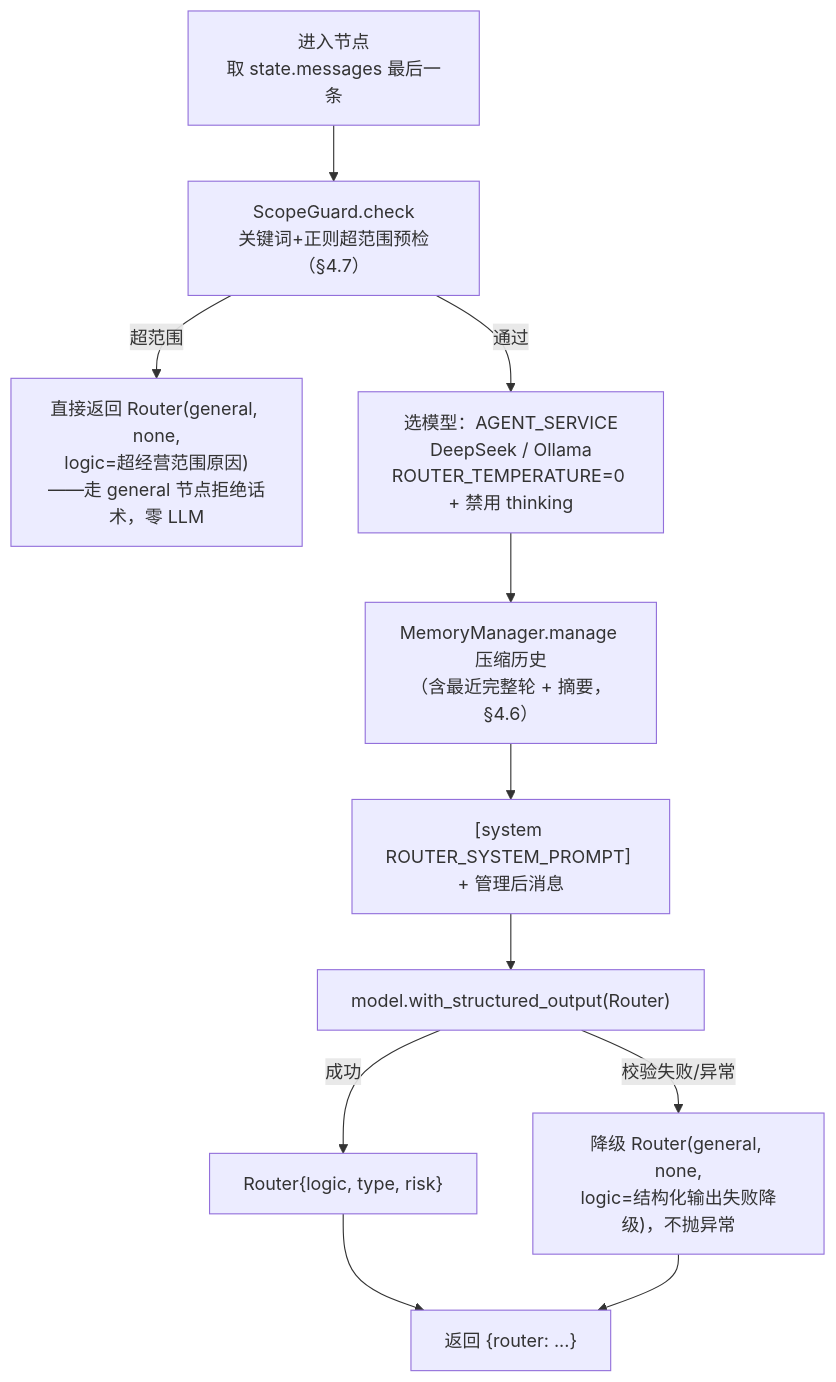
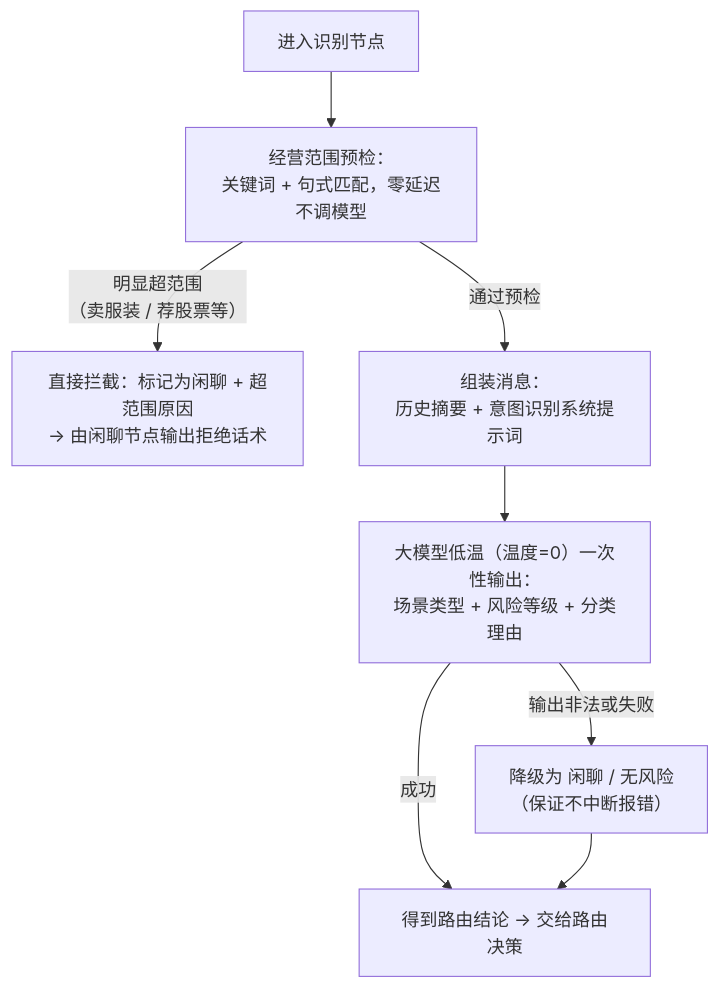
Before and after one commit to blowt16/SmartCS-Agent: the ninth of 35 diagrams in docs/PROJECT_ANALYSIS.md, drawn with Mermaid. The commit also changed other lines of this file, not shown here.

Commit message:
[docs] PROJECT_ANALYSIS §4 流程图优化：全图节点加中文注释、主干化精简流程（22 张图重排 + 补 TimeoutGuard 运行图），保留关键代码实体括注，提升可读性

````diff
--- a/docs/PROJECT_ANALYSIS.md
+++ b/docs/PROJECT_ANALYSIS.md
@@ -456,13 +418,10 @@
 ```mermaid
 flowchart TD
-    A["进入节点<br/>取 state.messages 最后一条"] --> B["ScopeGuard.check<br/>关键词+正则超范围预检（§4.7）"]
-    B -->|"超范围"| BX["直接返回 Router(general, none,<br/>logic=超经营范围原因)<br/>——走 general 节点拒绝话术，零 LLM"]
-    B -->|"通过"| C["选模型：AGENT_SERVICE<br/>DeepSeek / Ollama<br/>ROUTER_TEMPERATURE=0 + 禁用 thinking"]
-    C --> D["MemoryManager.manage 压缩历史<br/>（含最近完整轮 + 摘要，§4.6）"]
-    D --> E["[system ROUTER_SYSTEM_PROMPT] + 管理后消息"]
-    E --> F["model.with_structured_output(Router)"]
-    F -->|"成功"| G["Router{logic, type, risk}"]
-    F -->|"校验失败/异常"| FALL["降级 Router(general, none,<br/>logic=结构化输出失败降级)，不抛异常"]
-    G --> OUT["返回 {router: ...}"]
-    FALL --> OUT
+    A["进入识别节点"] --> B["经营范围预检：<br/>关键词 + 句式匹配，零延迟不调模型"]
+    B -->|"明显超范围<br/>（卖服装 / 荐股票等）"| C["直接拦截：标记为闲聊 + 超范围原因<br/>→ 由闲聊节点输出拒绝话术"]
+    B -->|"通过预检"| D["组装消息：<br/>历史摘要 + 意图识别系统提示词"]
+    D --> E["大模型低温（温度=0）一次性输出：<br/>场景类型 + 风险等级 + 分类理由"]
+    E -->|"输出非法或失败"| F["降级为 闲聊 / 无风险<br/>（保证不中断报错）"]
+    E -->|"成功"| G["得到路由结论 → 交给路由决策"]
+    F --> G
 ```
````
